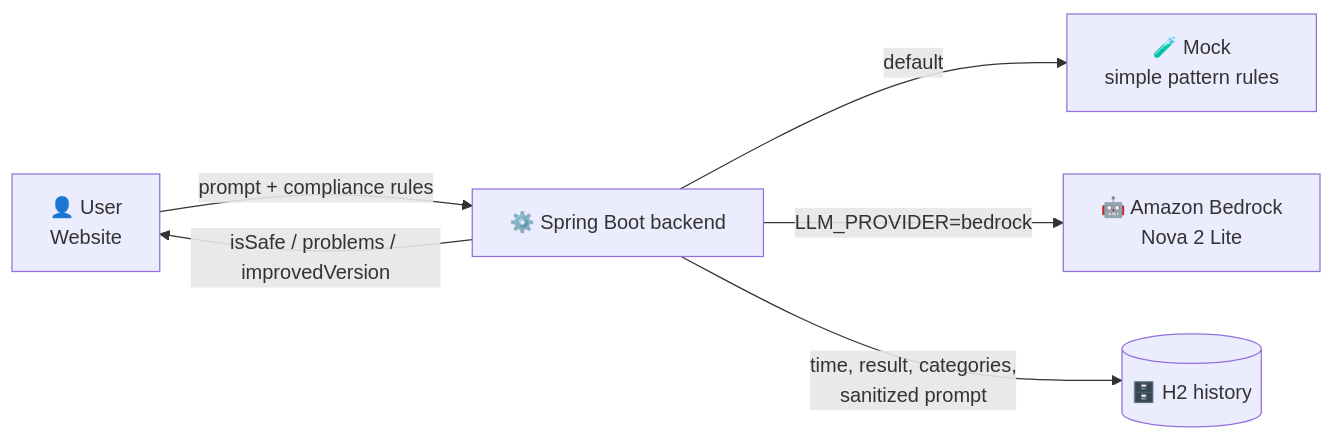
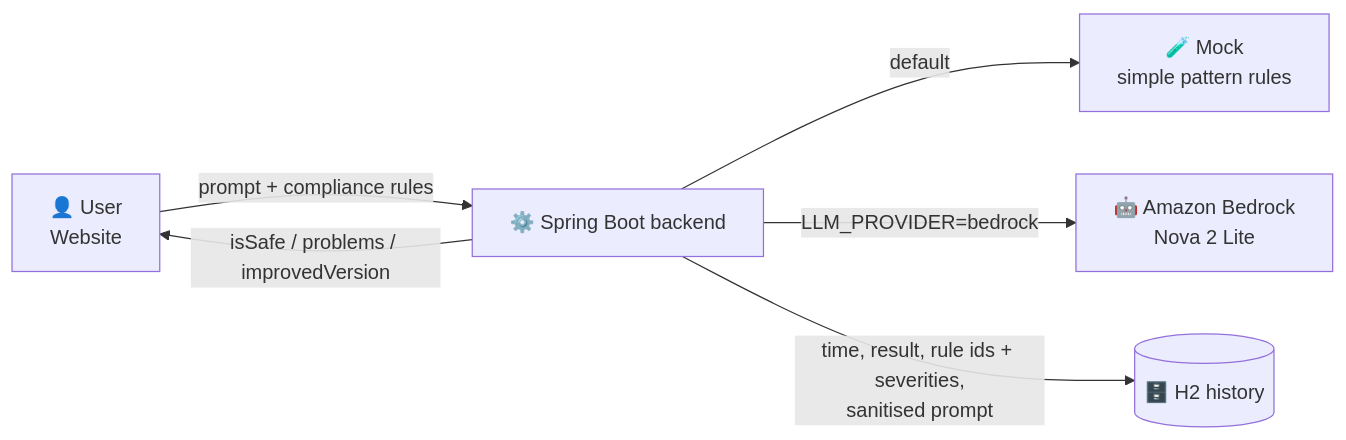
Before and after one commit to code-and-create-hackathon/complianceChecker: the third of 3 diagrams in README.md, drawn with Mermaid. The commit also changed other lines of this file and 18 other files, not shown here.

````diff
--- a/README.md
+++ b/README.md
@@ -48,8 +48,8 @@
 ```mermaid
 flowchart LR
     A[👤 User<br/>Website] -->|prompt + compliance rules| B[⚙️ Spring Boot backend]
     B -->|default| M[🧪 Mock<br/>simple pattern rules]
     B -->|LLM_PROVIDER=bedrock| L[🤖 Amazon Bedrock<br/>Nova 2 Lite]
-    B -->|time, result, categories,<br/>sanitized prompt| H[(🗄️ H2 history)]
+    B -->|time, result, rule ids + severities,<br/>sanitised prompt| H[(🗄️ H2 history)]
     B -->|isSafe / problems / improvedVersion| A
 ```
````
